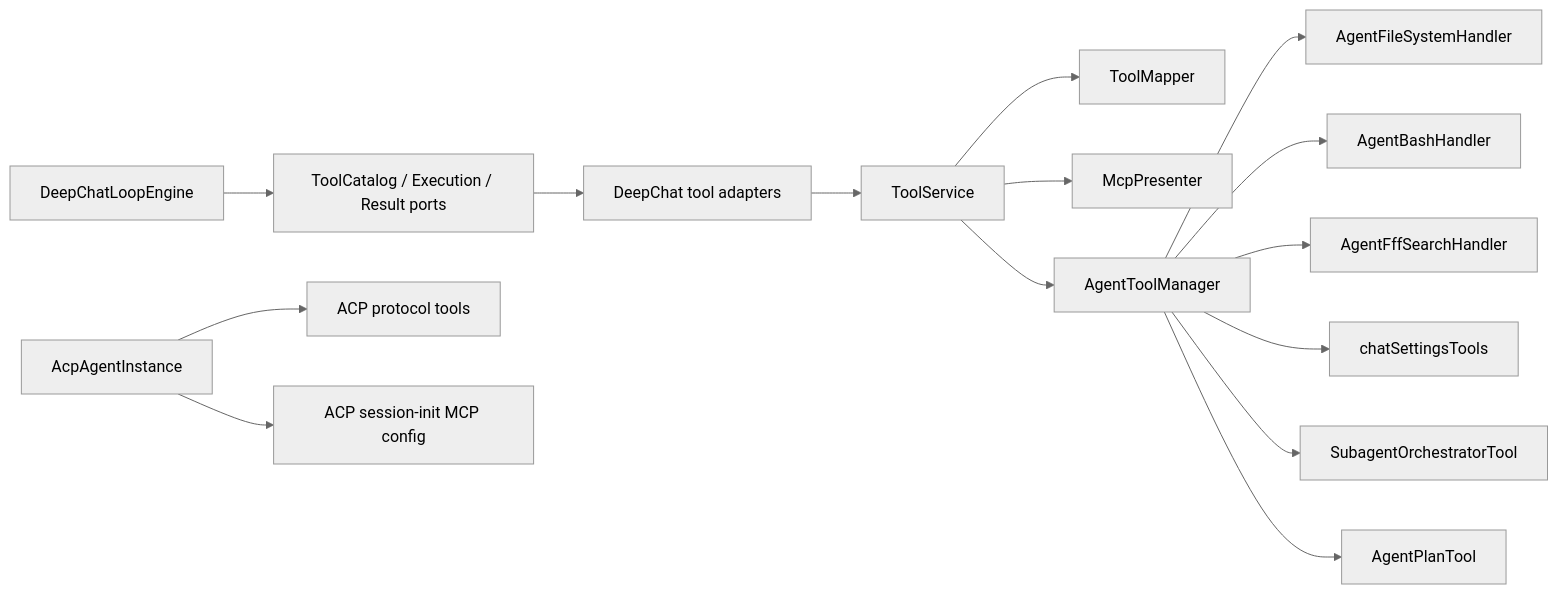
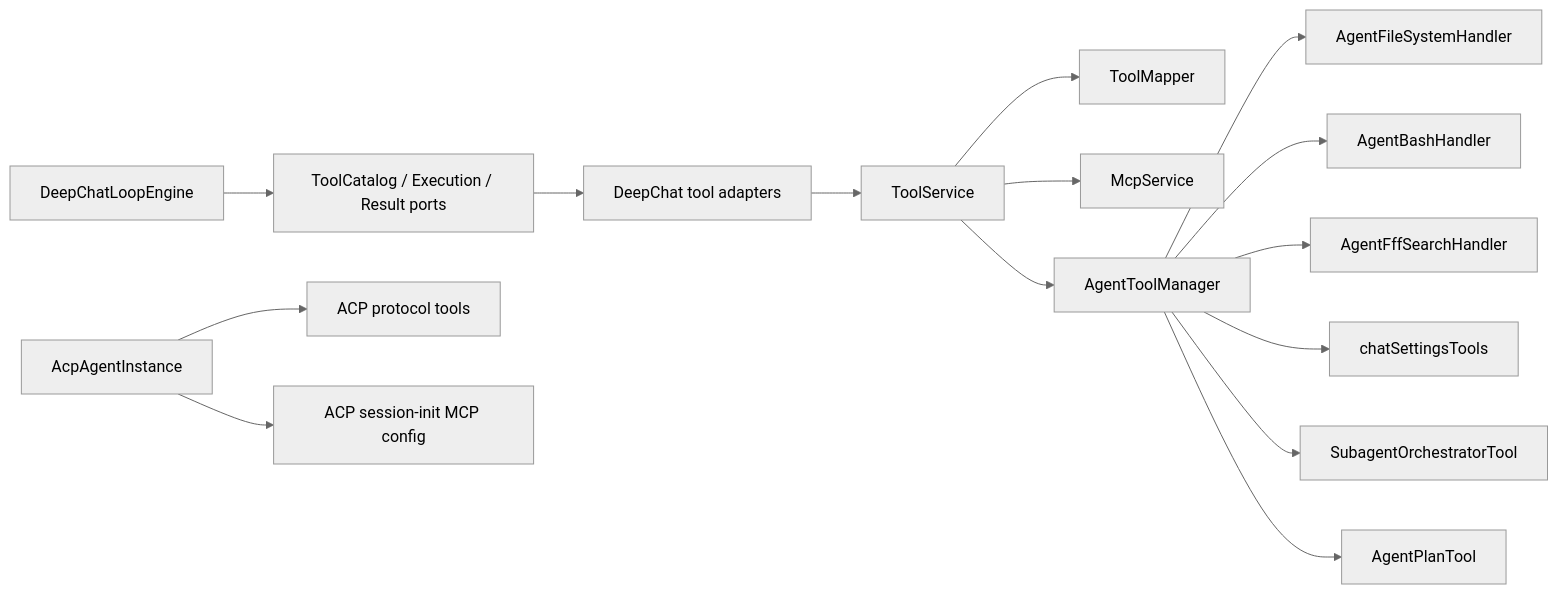
The first of 2 diagrams in docs/architecture/tool-system.md (ThinkInAIXYZ/deepchat), drawn with Mermaid (neutral theme) before and after one commit. The commit also changed other lines of this file and 63 other files, not shown here.

Commit message:
refactor(mcp): move runtime out of presenter

````diff
--- a/docs/architecture/tool-system.md
+++ b/docs/architecture/tool-system.md
@@ -27,17 +27,17 @@
 ```mermaid
 graph LR
     Loop["DeepChatLoopEngine"] --> Ports["ToolCatalog / Execution / Result ports"]
     Ports --> Adapters["DeepChat tool adapters"]
     Adapters --> ToolService["ToolService"]
     ToolService --> Mapper["ToolMapper"]
-    ToolService --> Mcp["McpPresenter"]
+    ToolService --> Mcp["McpService"]
     ToolService --> AgentTools["AgentToolManager"]
     AgentTools --> Fs["AgentFileSystemHandler"]
     AgentTools --> Bash["AgentBashHandler"]
     AgentTools --> FFF["AgentFffSearchHandler"]
     AgentTools --> Settings["chatSettingsTools"]
     AgentTools --> Subagents["SubagentOrchestratorTool"]
     AgentTools --> Plan["AgentPlanTool"]
     Acp["AcpAgentInstance"] --> Protocol["ACP protocol tools"]
     Acp --> McpConfig["ACP session-init MCP config"]
 ```
````
